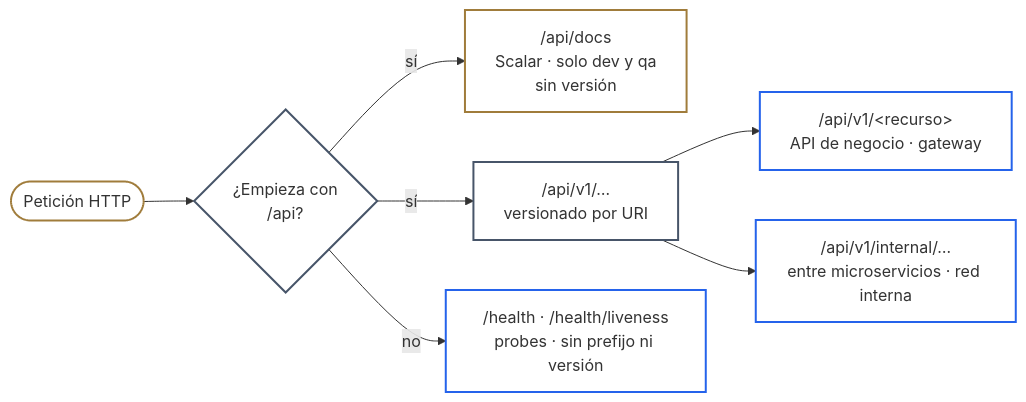
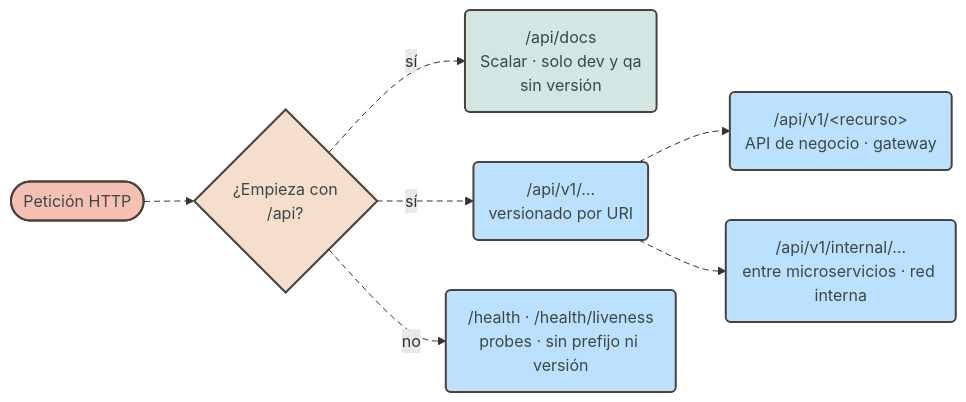
The third of 19 diagrams in docs/architecture.md (pcarroza91/nest-template), drawn with Mermaid before and after one commit. The commit also changed other lines of this file and 2 other files, not shown here.

First line of the commit message:
docs(architecture): aplica el estilo pastel por rol a los diagramas Mermaid

````diff
--- a/docs/architecture.md
+++ b/docs/architecture.md
@@ -117,23 +105,26 @@
 ```mermaid
 flowchart LR
     REQ(["Petición HTTP"])
     PFX{"¿Empieza con<br/>/api?"}
-    DOCSR["/api/docs<br/>Scalar · solo dev y qa<br/>sin versión"]
-    VER["/api/v1/…<br/>versionado por URI"]
-    BIZ["/api/v1/&lt;recurso&gt;<br/>API de negocio · gateway"]
-    INT["/api/v1/internal/…<br/>entre microservicios · red interna"]
-    HEALTHR["/health · /health/liveness<br/>probes · sin prefijo ni versión"]
+    DOCSR("/api/docs<br/>Scalar · solo dev y qa<br/>sin versión")
+    VER("/api/v1/…<br/>versionado por URI")
+    BIZ("/api/v1/&lt;recurso&gt;<br/>API de negocio · gateway")
+    INT("/api/v1/internal/…<br/>entre microservicios · red interna")
+    HEALTHR("/health · /health/liveness<br/>probes · sin prefijo ni versión")
 
     REQ --> PFX
     PFX -- "no" --> HEALTHR
     PFX -- "sí" --> DOCSR
     PFX -- "sí" --> VER
     VER --> BIZ & INT
 
-    classDef app fill:transparent,stroke:#475569,stroke-width:2px
-    classDef feature fill:transparent,stroke:#2563eb,stroke-width:2px
-    classDef ext fill:transparent,stroke:#a07c3b,stroke-width:2px
-    class PFX,VER app
-    class BIZ,INT,HEALTHR feature
-    class DOCSR,REQ ext
+    classDef entry fill:#bce1ff,stroke:#494238,stroke-width:2px,color:#3c4747
+    classDef shared fill:#d2e7e4,stroke:#494238,stroke-width:2px,color:#3c4747
+    classDef ext fill:#f6c1b2,stroke:#494238,stroke-width:2px,color:#3c4747
+    class VER,BIZ,INT,HEALTHR entry
+    class DOCSR shared
+    class REQ ext
+    classDef decision fill:#f6decc,stroke:#494238,stroke-width:2px,color:#3c4747
+    class PFX decision
+    linkStyle default stroke-dasharray:6 4
 ```
````
